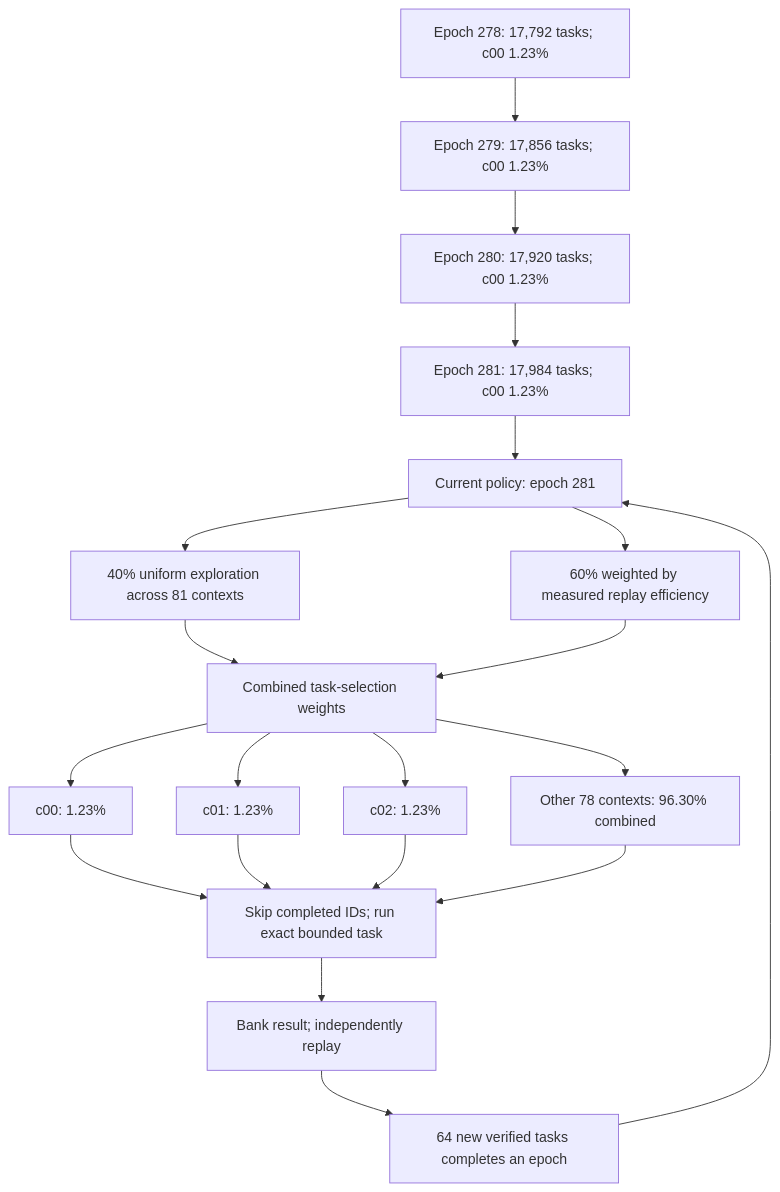
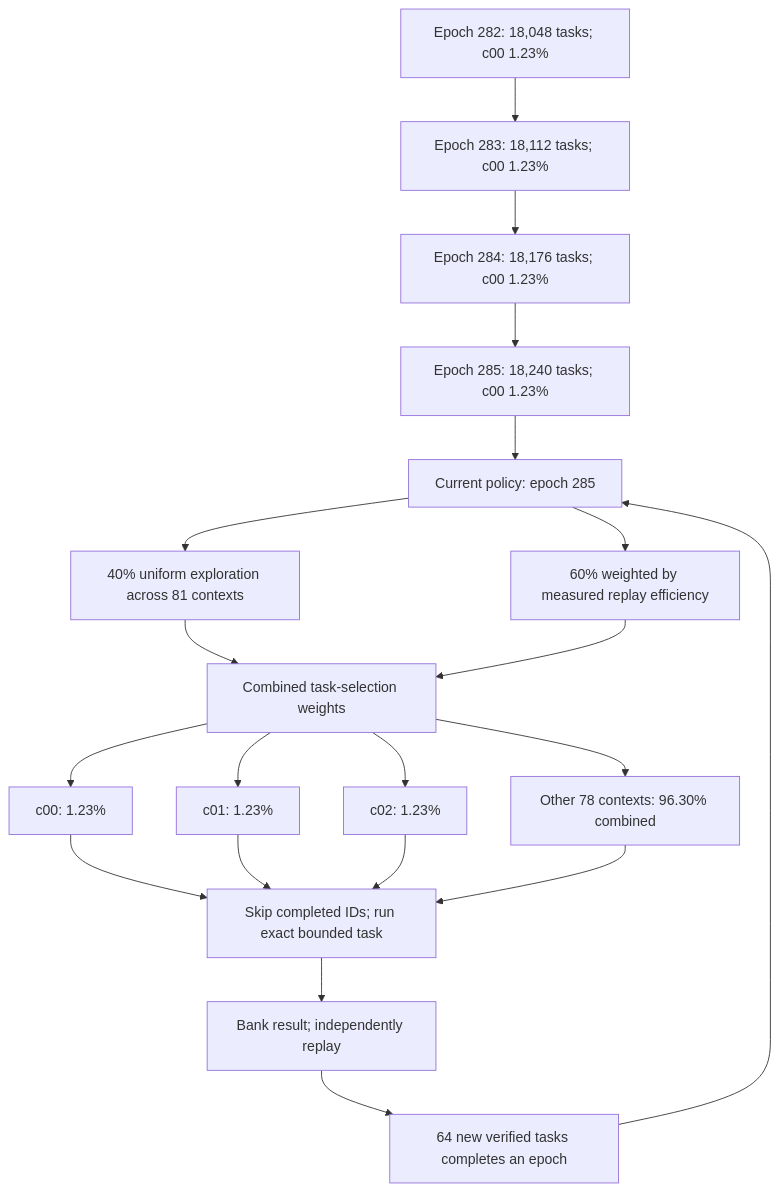
The first of 2 diagrams in README.md (Kuberwastaken/math-gambling), drawn with Mermaid before and after one commit. The commit also changed other lines of this file and 592 other files, not shown here.

````diff
--- a/README.md
+++ b/README.md
@@ -49,27 +49,27 @@
 ```mermaid
 flowchart TD
-    H0["Epoch 278: 17,792 tasks; c00 1.23%"]
-    H1["Epoch 279: 17,856 tasks; c00 1.23%"]
+    H0["Epoch 282: 18,048 tasks; c00 1.23%"]
+    H1["Epoch 283: 18,112 tasks; c00 1.23%"]
     H0 --> H1
-    H2["Epoch 280: 17,920 tasks; c00 1.23%"]
+    H2["Epoch 284: 18,176 tasks; c00 1.23%"]
     H1 --> H2
-    H3["Epoch 281: 17,984 tasks; c00 1.23%"]
+    H3["Epoch 285: 18,240 tasks; c00 1.23%"]
     H2 --> H3
-    Policy["Current policy: epoch 281"]
+    Policy["Current policy: epoch 285"]
     H3 --> Policy
     Policy --> Explore["40% uniform exploration across 81 contexts"]
     Policy --> Cost["60% weighted by measured replay efficiency"]
     Explore --> Mix["Combined task-selection weights"]
     Cost --> Mix
     Mix --> C0["c00: 1.23%"]
     Mix --> C1["c01: 1.23%"]
     Mix --> C2["c02: 1.23%"]
     Mix --> Rest["Other 78 contexts: 96.30% combined"]
     C0 --> Check["Skip completed IDs; run exact bounded task"]
     C1 --> Check
     C2 --> Check
     Rest --> Check
     Check --> Replay["Bank result; independently replay"]
     Replay --> Gate["64 new verified tasks completes an epoch"]
     Gate --> Policy
 ```
````
